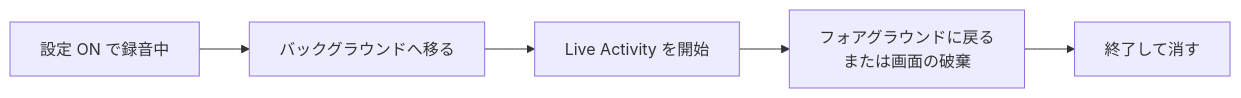
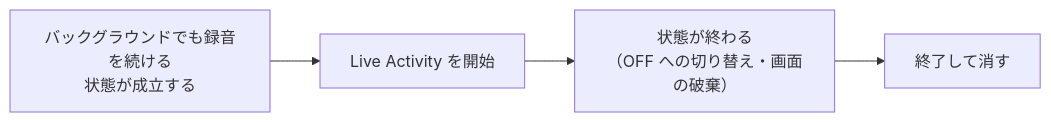
One commit to NobuyukiMorii/momeo changed the diagram in notes/background_recording/impl/phase2/step06_recording_indicator_on_ios.md. Above: the diagram before and after it, drawn with Mermaid. The commit also changed other lines of this file and 16 other files, not shown here.

Commit message:
Show a Live Activity with the session memo count while recording in the background on iOS

````diff
--- a/notes/background_recording/impl/phase2/step06_recording_indicator_on_ios.md
+++ b/notes/background_recording/impl/phase2/step06_recording_indicator_on_ios.md
@@ -41,4 +41,4 @@
 ```mermaid
 flowchart LR
-    e1["設定 ON で録音中"] --> e2["バックグラウンドへ移る"] --> e3["Live Activity を開始"] --> e4["フォアグラウンドに戻る<br/>または画面の破棄"] --> e5["終了して消す"]
+    e1["バックグラウンドでも録音を続ける<br/>状態が成立する"] --> e2["Live Activity を開始"] --> e3["状態が終わる<br/>（OFF への切り替え・画面の破棄）"] --> e4["終了して消す"]
 ```
````
